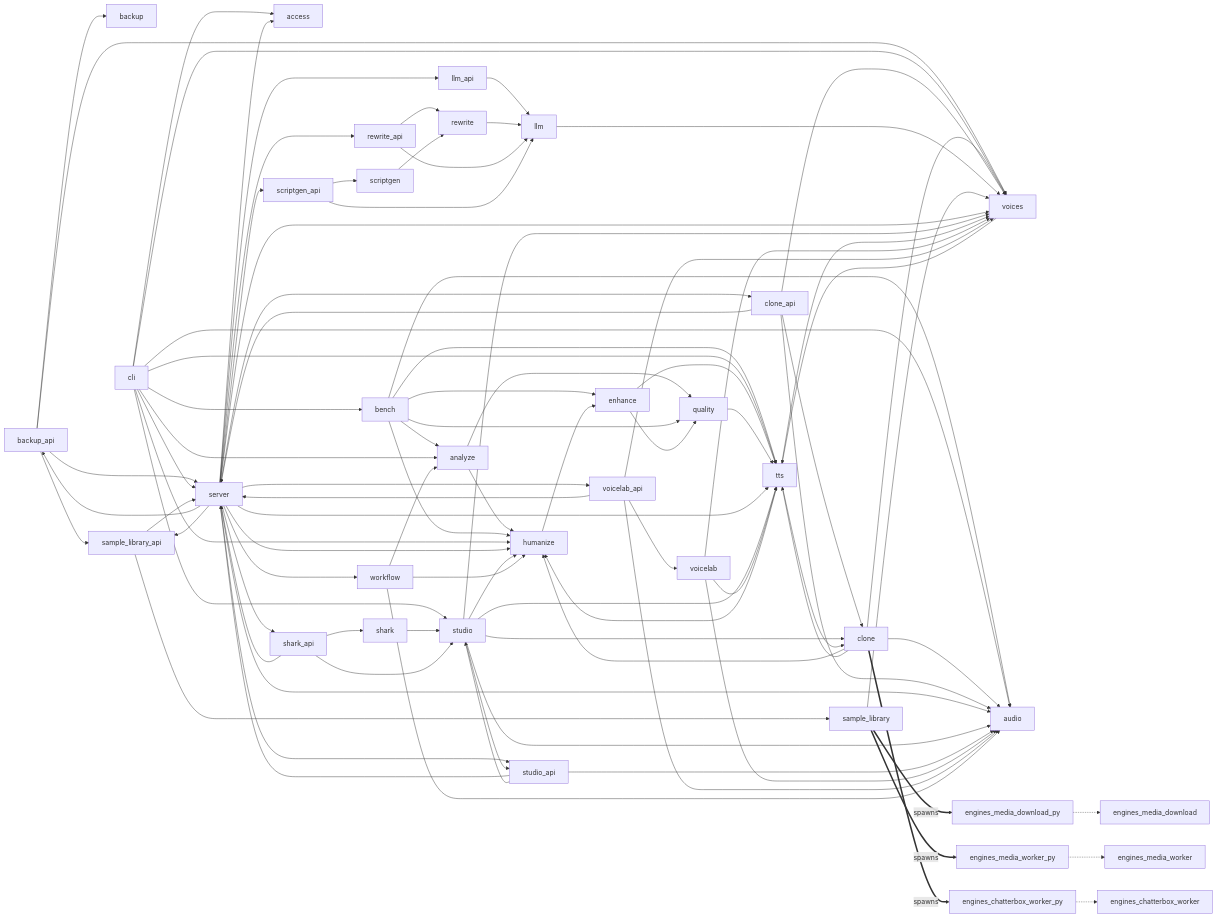
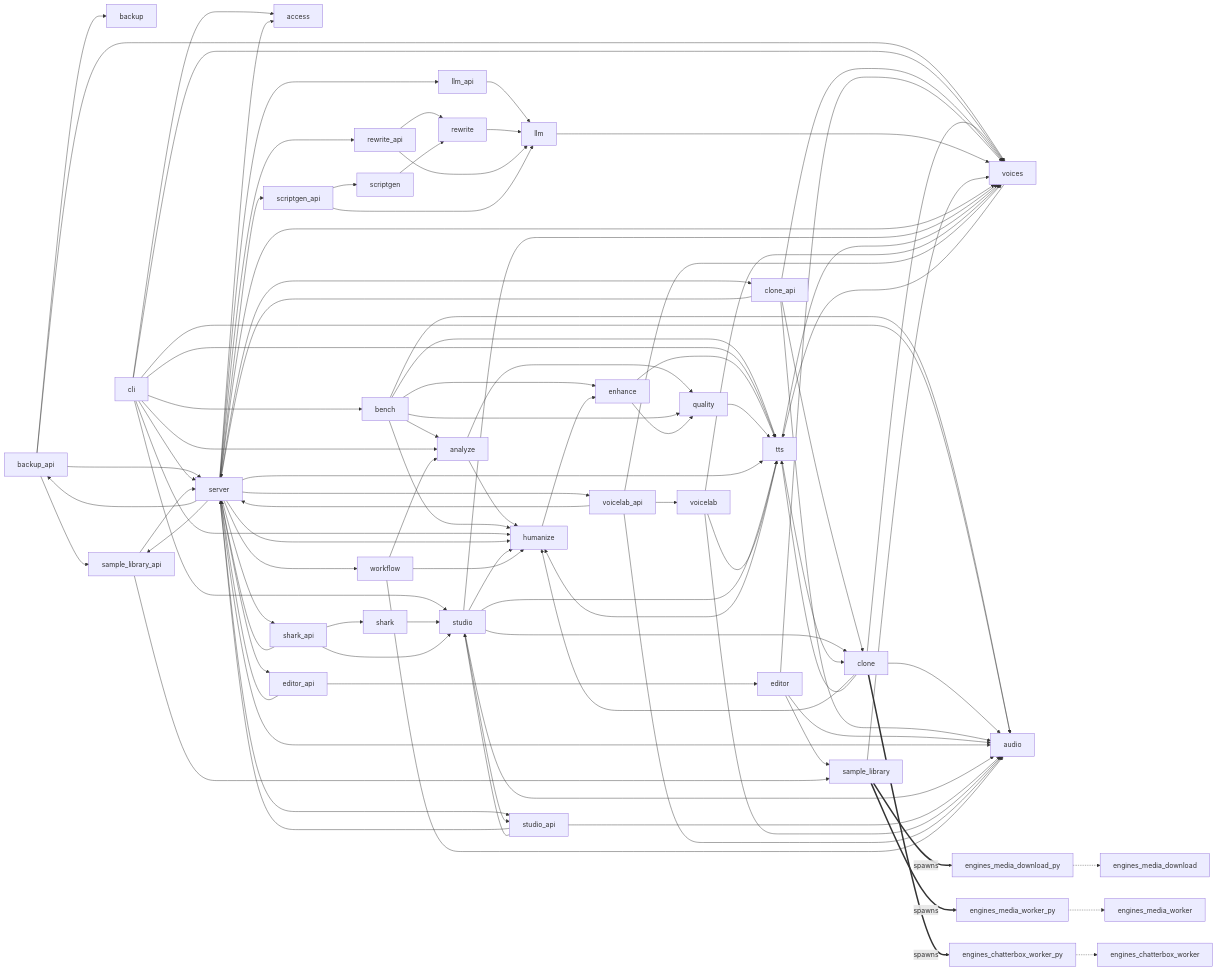
The diagram in library/knowledge/private/codebase-graph/meta/code-graph.md (g-baskin/voice-studio), drawn with Mermaid before and after one commit. The commit also changed other lines of this file and 68 other files, not shown here.

```diff
--- a/library/knowledge/private/codebase-graph/meta/code-graph.md
+++ b/library/knowledge/private/codebase-graph/meta/code-graph.md
@@ -71,6 +71,11 @@
   clone_api --> clone
   clone_api --> server
   clone_api --> voices
+  editor --> audio
+  editor --> sample_library
+  editor --> voices
+  editor_api --> editor
+  editor_api --> server
   enhance --> quality
   enhance --> tts
   humanize --> enhance
@@ -92,6 +97,7 @@
   server --> audio
   server --> backup_api
   server --> clone_api
+  server --> editor_api
   server --> humanize
   server --> llm_api
   server --> rewrite_api
```
